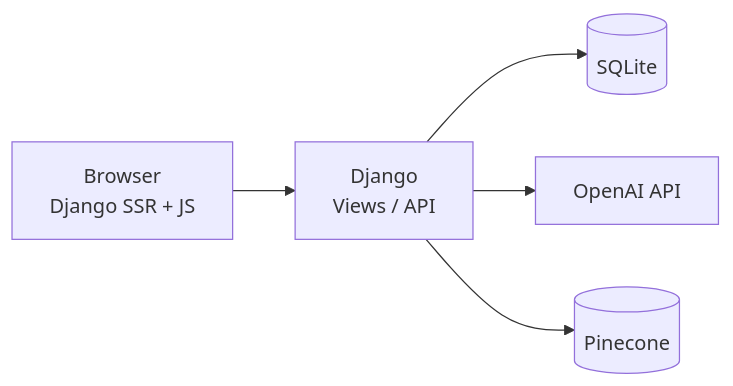
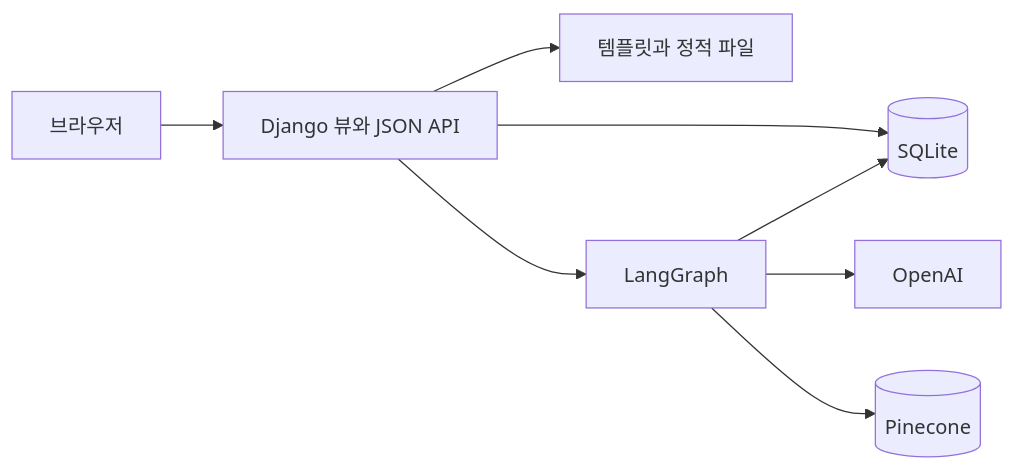
Before and after one commit to minhyeok328/4th_project: the diagram in docs/02-architecture/system-architecture.md, drawn with Mermaid. The commit also changed other lines of this file and 32 other files, not shown here.

````diff
--- a/docs/02-architecture/system-architecture.md
+++ b/docs/02-architecture/system-architecture.md
@@ -7,13 +7,10 @@
 ```mermaid
 flowchart LR
-    Browser["Browser\nDjango SSR + JS"]
-    Django["Django\nViews / API"]
-    SQLite[(SQLite)]
-    OpenAI[OpenAI API]
-    Pinecone[(Pinecone)]
-
-    Browser --> Django
-    Django --> SQLite
-    Django --> OpenAI
-    Django --> Pinecone
+    Browser[브라우저] --> Django[Django 뷰와 JSON API]
+    Django --> Template[템플릿과 정적 파일]
+    Django --> SQLite[(SQLite)]
+    Django --> Graph[LangGraph]
+    Graph --> SQLite
+    Graph --> OpenAI[OpenAI]
+    Graph --> Pinecone[(Pinecone)]
 ```
````
